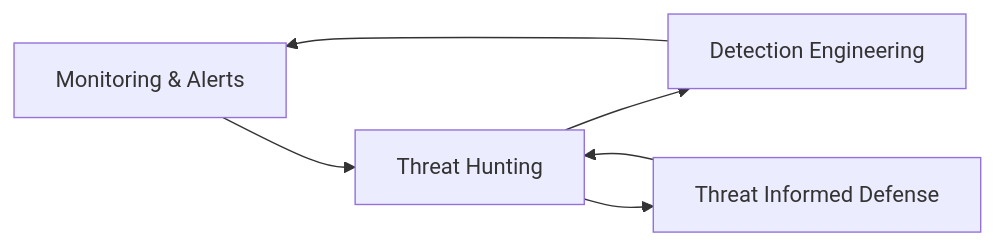
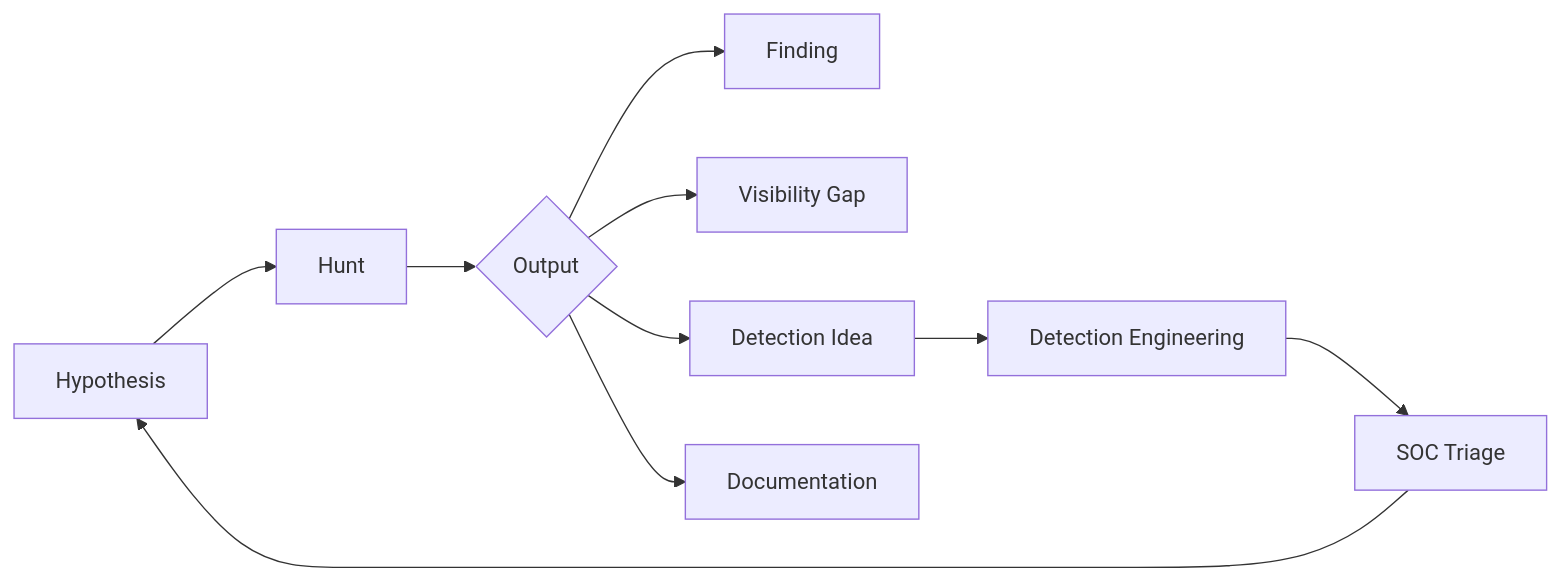
One commit to rjohnsen/threathunting-book changed the second of 3 diagrams in content/part-1/introduction/from-alerts-to-hypothesis.md. Above: the diagram before and after it, drawn with Mermaid. The commit also changed other lines of this file, not shown here.

Commit message:
Enhanced the from alerts to hypothesis article

````diff
--- a/content/part-1/introduction/from-alerts-to-hypothesis.md
+++ b/content/part-1/introduction/from-alerts-to-hypothesis.md
@@ -136,8 +239,12 @@
 ```mermaid
 flowchart LR
-    A[Monitoring & Alerts] --> B[Threat Hunting]
-    B --> C[Detection Engineering]
-    C --> A
-    B --> D[Threat Informed Defense]
-    D --> B
+    A[Hypothesis] --> B[Hunt]
+    B --> C{Output}
+    C --> D[Finding]
+    C --> E[Visibility Gap]
+    C --> F[Detection Idea]
+    C --> G[Documentation]
+    F --> H[Detection Engineering]
+    H --> I[SOC Triage]
+    I --> A
 ```
````
